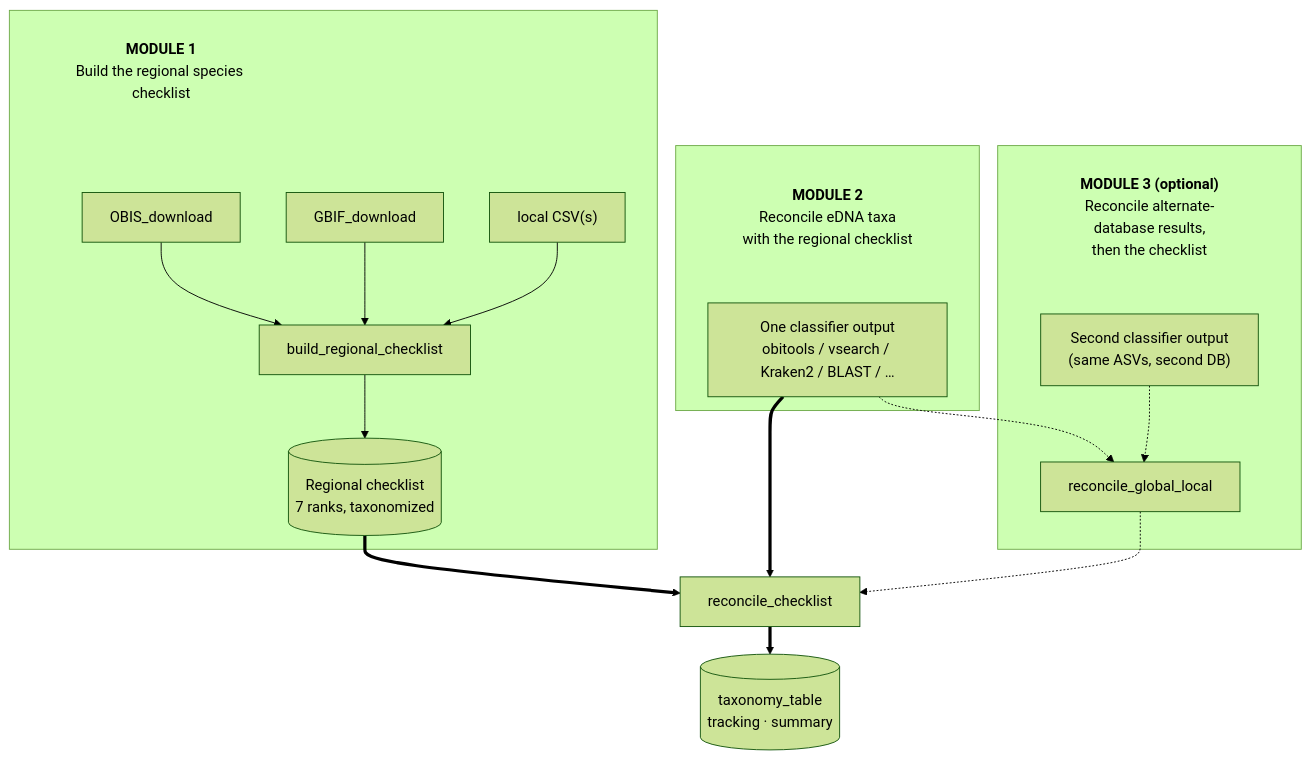
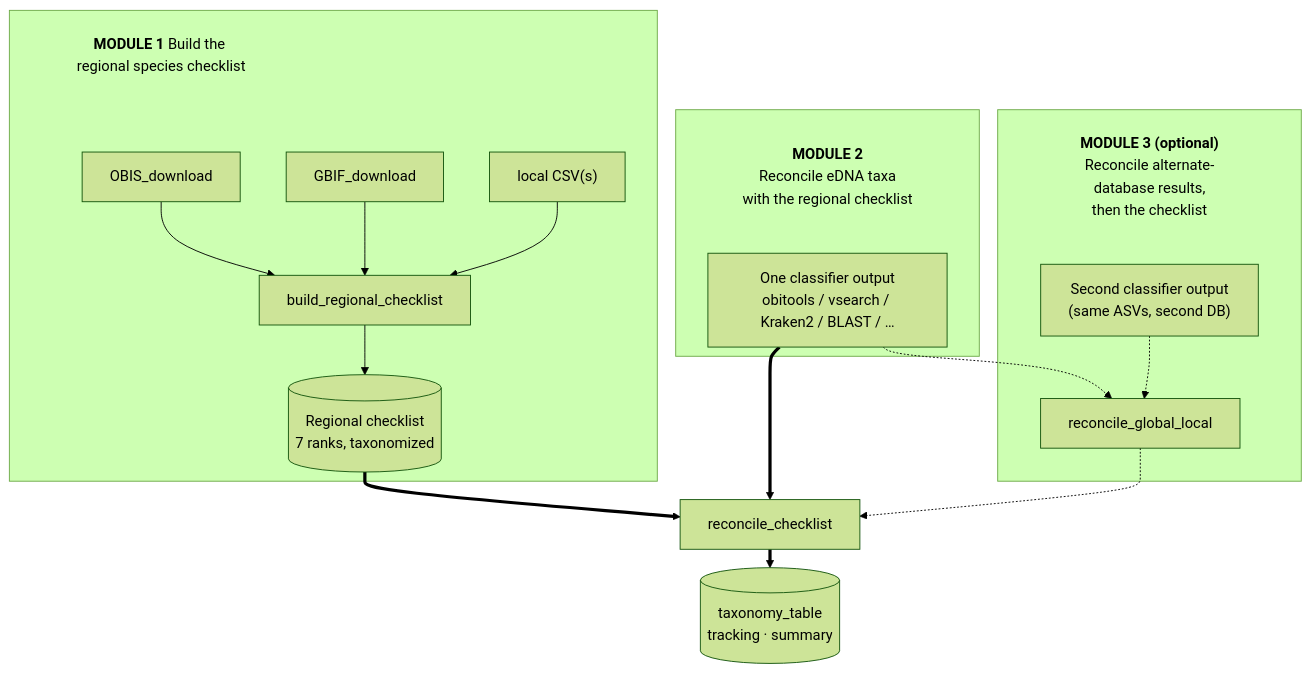
Before and after one commit to EWisely/REGATTA: the diagram in README.md, drawn with Mermaid (forest theme).

Commit message:
docs: mermaid — single-line Module 1 header; tighten rankSpacing to 20
Module 1's box is wide enough for its description on one line, so drop its line
break. Lower rankSpacing 30 -> 20 to pull all three module headers a bit closer
to their boxes.

````diff
--- a/README.md
+++ b/README.md
@@ -77,39 +77,39 @@
 ```mermaid
-%%{init: {"flowchart": {"rankSpacing": 30}}}%%
+%%{init: {"flowchart": {"rankSpacing": 20}}}%%
 flowchart TD
     %% Subgraphs declared 3, 2, 1 so the render (its mirror) reads 1 -> 2 -> 3.
     %% Module titles are borderless header NODES: multi-line node labels render
     %% cleanly and reserve vertical space, whereas a multi-line subgraph title
     %% would overlap the box content on GitHub's mermaid.
     classDef modtitle fill:none,stroke:none;
 
     subgraph MOD3[" "]
         H3["<b>MODULE 3 (optional)</b><br/>Reconcile alternate-database results,<br/>then the checklist"]:::modtitle
         GL["Second classifier output<br/>(same ASVs, second DB)"]
         Q[reconcile_global_local]
         H3 ~~~ GL
         GL -.-> Q
     end
 
     subgraph MOD2[" "]
         H2["<b>MODULE 2</b><br/>Reconcile eDNA taxa<br/>with the regional checklist"]:::modtitle
         G["One classifier output<br/>obitools / vsearch / Kraken2 / BLAST / …"]
         H2 ~~~ G
     end
 
     subgraph M1[" "]
-        H1["<b>MODULE 1</b><br/>Build the regional species checklist"]:::modtitle
+        H1["<b>MODULE 1</b> Build the regional species checklist"]:::modtitle
         A[OBIS_download] --> D[build_regional_checklist]
         B[GBIF_download] --> D
         C["local CSV(s)"] --> D
         D --> F[("Regional checklist<br/>7 ranks, taxonomized")]
         H1 ~~~ A
     end
 
     F ==> M[reconcile_checklist]
     G ==> M
     Q -.-> M
     M ==> RES[("taxonomy_table<br/>tracking · summary")]
 
     G -.-> Q
 ```
````
